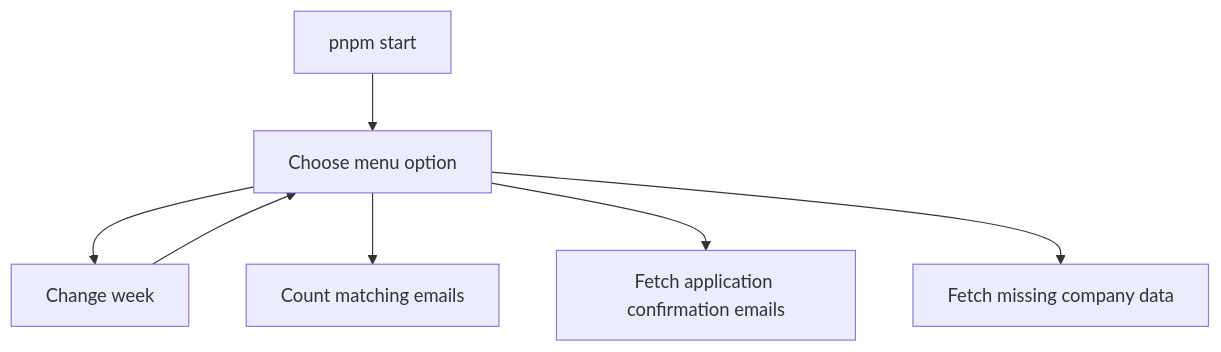
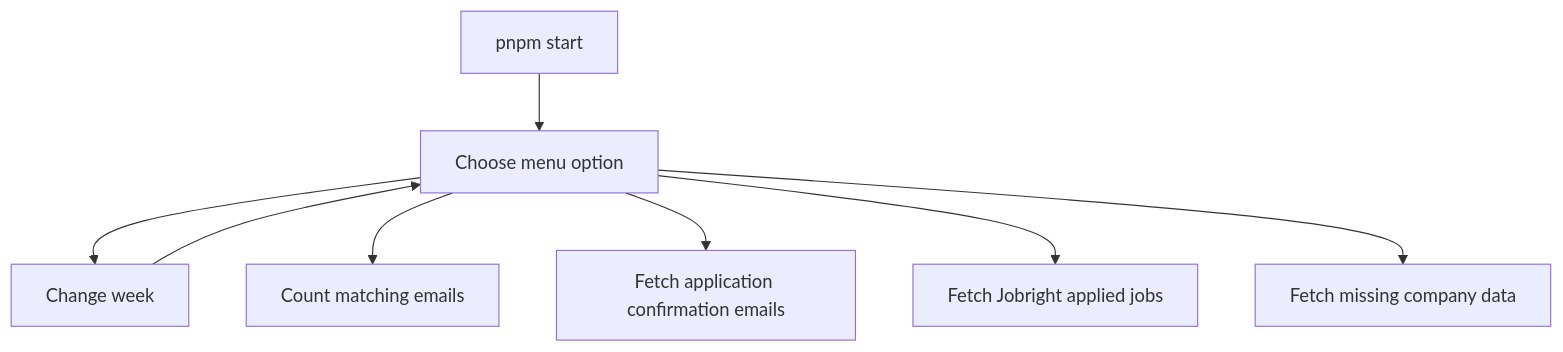
Before and after one commit to idahotallpaul/work-search-reporter: the first of 6 diagrams in README.md, drawn with Mermaid. The commit also changed other lines of this file and 6 other files, not shown here.

Commit message:
Add Jobright applied jobs import

````diff
--- a/README.md
+++ b/README.md
@@ -15,9 +15,10 @@
 ```mermaid
 flowchart TD
   A["pnpm start"] --> B["Choose menu option"]
   B --> C["Change week"]
   B --> D["Count matching emails"]
   B --> E["Fetch application confirmation emails"]
-  B --> F["Fetch missing company data"]
+  B --> F["Fetch Jobright applied jobs"]
+  B --> G["Fetch missing company data"]
   C --> B
 ```
````
